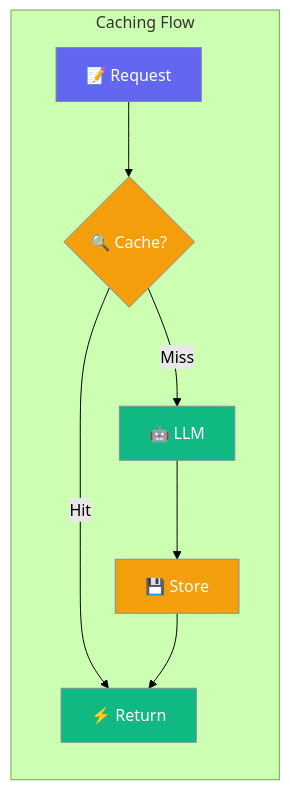
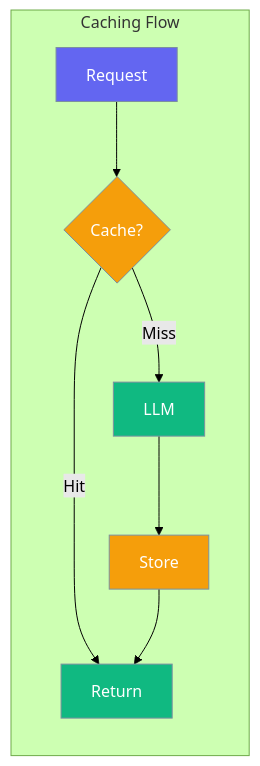
One commit to MervinPraison/TestAgent changed the diagram in docs/features/caching.md. Above: the diagram before and after it, drawn with Mermaid (forest theme). The commit also changed 4 other files, not shown here.

Commit message:
fix: Remove emojis from mermaid diagrams for compatibility

````diff
--- a/docs/features/caching.md
+++ b/docs/features/caching.md
@@ -5,18 +5,18 @@
 ```mermaid
 graph LR
     subgraph "Caching Flow"
-        A[📝 Request] --> B{🔍 Cache?}
-        B -->|Hit| C[⚡ Return]
-        B -->|Miss| D[🤖 LLM]
-        D --> E[💾 Store]
+        A[Request] --> B{Cache?}
+        B -->|Hit| C[Return]
+        B -->|Miss| D[LLM]
+        D --> E[Store]
         E --> C
     end
     
     classDef request fill:#6366F1,stroke:#7C90A0,color:#fff
     classDef cache fill:#F59E0B,stroke:#7C90A0,color:#fff
     classDef result fill:#10B981,stroke:#7C90A0,color:#fff
     
     class A request
     class B,E cache
     class C,D result
 ```
````
